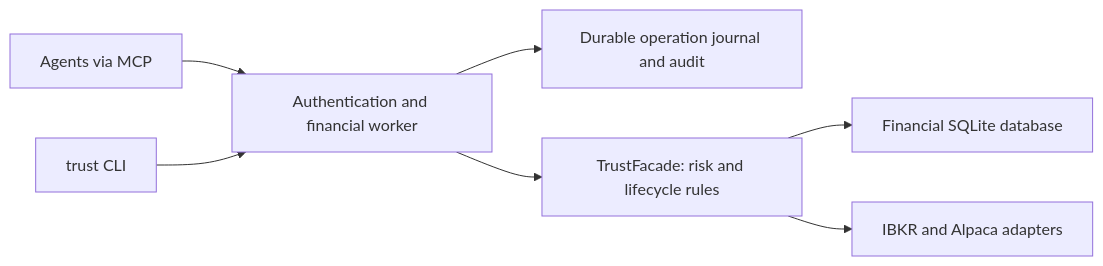
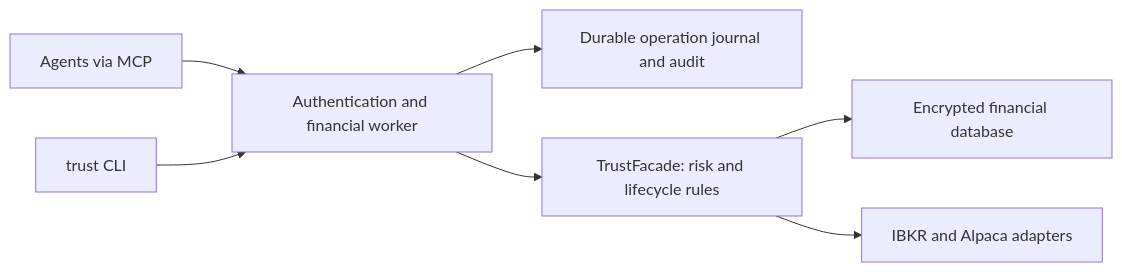
One commit to matiasvillaverde/trust changed the diagram in README.md. Above: the diagram before and after it, drawn with Mermaid. The commit also changed other lines of this file and 168 other files, not shown here.

````diff
--- a/README.md
+++ b/README.md
@@ -77,9 +92,9 @@
 ```mermaid
 flowchart LR
   MCP[Agents via MCP] --> Service[Authentication and financial worker]
   CLI[trust CLI] --> Service
   Service --> Journal[Durable operation journal and audit]
   Service --> Core[TrustFacade: risk and lifecycle rules]
-  Core --> Ledger[Financial SQLite database]
+  Core --> Ledger[Encrypted financial database]
   Core --> Brokers[IBKR and Alpaca adapters]
 ```
````
